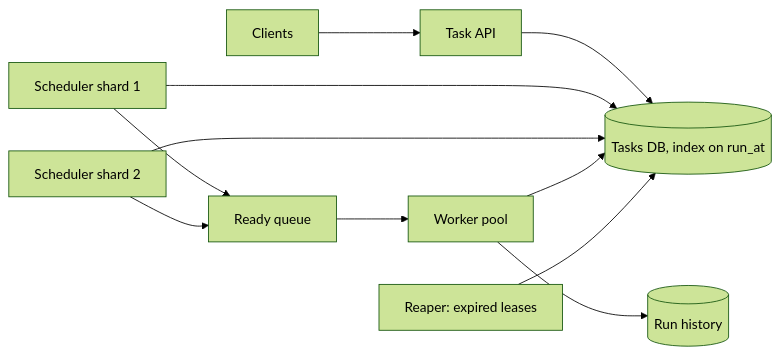
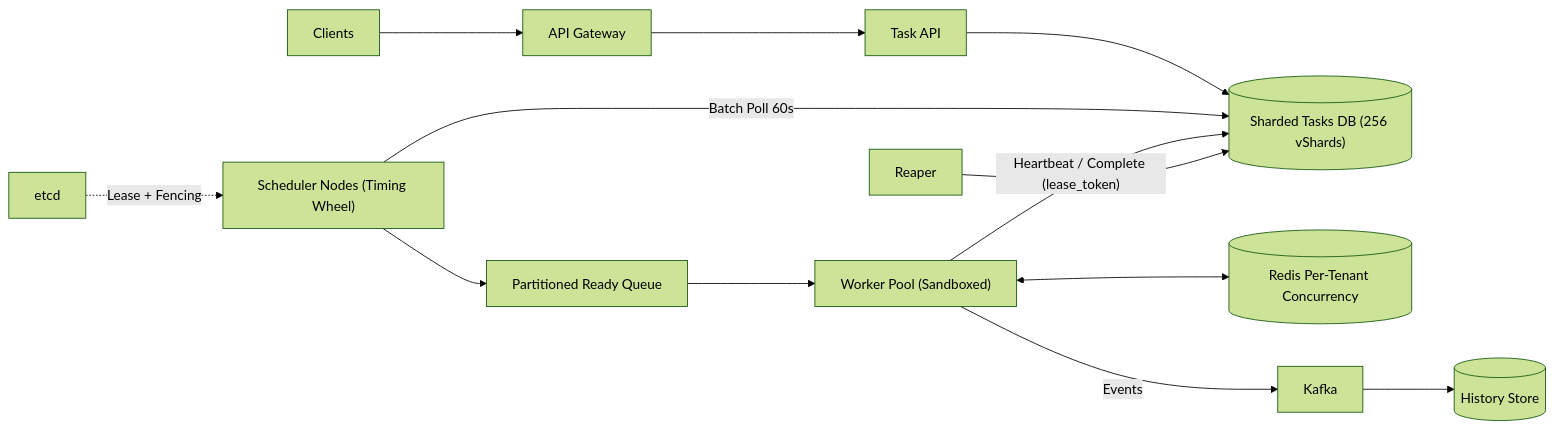
One commit to TapanKumarBarik/Backend-roadmap changed the fourth of 5 diagrams in content/system-design/22-interview-design-problems/18-distributed-task-scheduler/README.md. Above: the diagram before and after it, drawn with Mermaid (forest theme). The commit also changed other lines of this file and 37 other files, not shown here.

Commit message:
Upgrade Track 22 (37 interview design problems) with scale-by-scale architecture evolution

````diff
--- a/content/system-design/22-interview-design-problems/18-distributed-task-scheduler/README.md
+++ b/content/system-design/22-interview-design-problems/18-distributed-task-scheduler/README.md
@@ -106,12 +252,15 @@
 ```mermaid
 flowchart LR
-  C["Clients"] --> API["Task API"] --> T[("Tasks DB, index on run_at")]
-  S1["Scheduler shard 1"] --> T
-  S2["Scheduler shard 2"] --> T
-  S1 --> Q["Ready queue"]
-  S2 --> Q
-  Q --> W["Worker pool"]
-  W --> T
-  W --> H[("Run history")]
-  R["Reaper: expired leases"] --> T
+  C["Clients"] --> GW["API Gateway"]
+  GW --> API["Task API"]
+  API --> DB[("Sharded Tasks DB (256 vShards)")]
+
+  ETCD["etcd"] -. "Lease + Fencing" .-> SCH["Scheduler Nodes (Timing Wheel)"]
+  SCH -- "Batch Poll 60s" --> DB
+  SCH --> Q["Partitioned Ready Queue"]
+  Q --> W["Worker Pool (Sandboxed)"]
+  W <--> RD[("Redis Per-Tenant Concurrency")]
+  W -- "Heartbeat / Complete (lease_token)" --> DB
+  W -- "Events" --> KF["Kafka"] --> HIS[("History Store")]
+  RPR["Reaper"] --> DB
 ```
````
